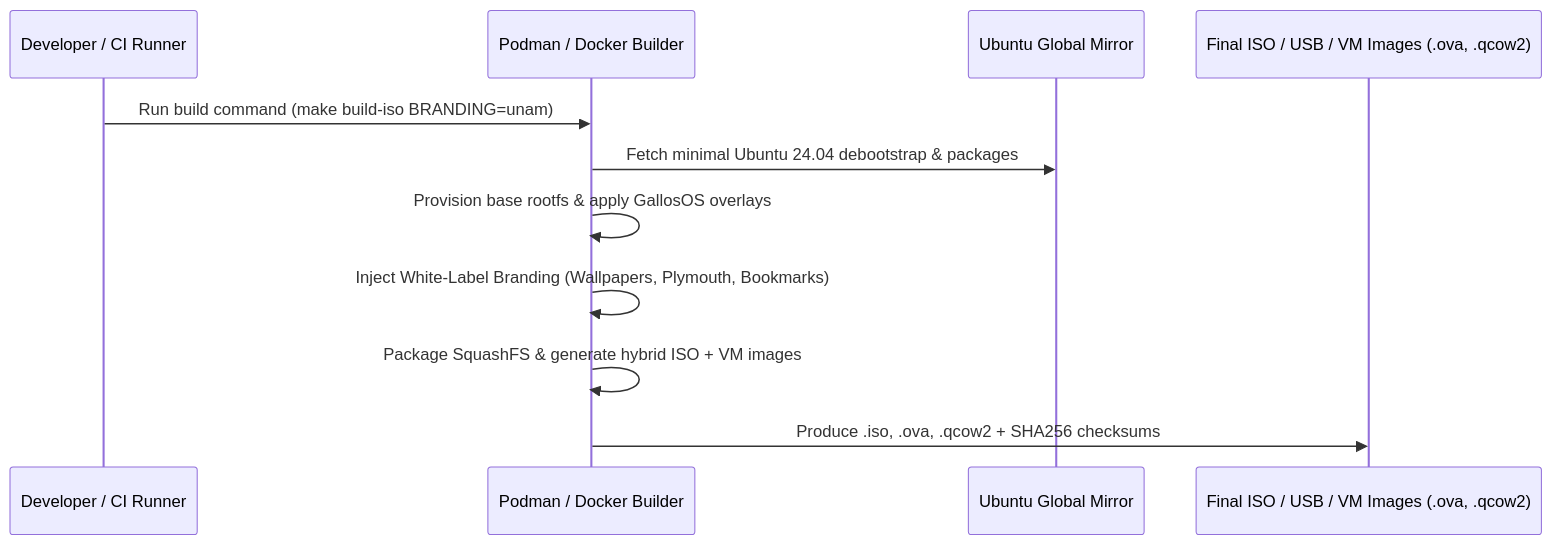
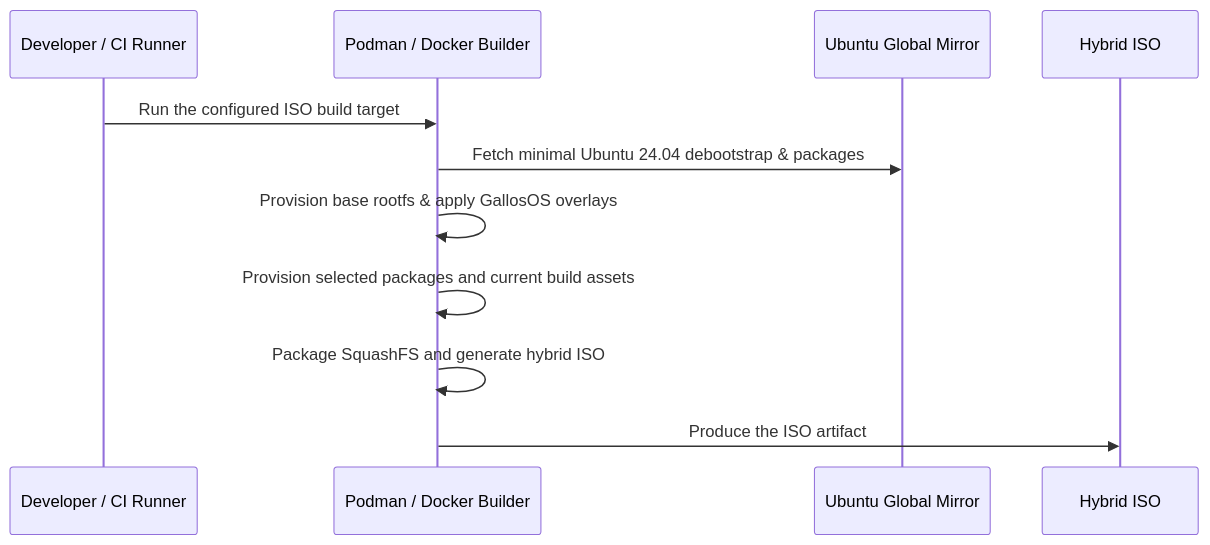
Before and after one commit to CPC-GALLOS/GallosOS: the second of 4 diagrams in docs/ARCHITECTURE.md, drawn with Mermaid. The commit also changed other lines of this file and 20 other files, not shown here.

````diff
--- a/docs/ARCHITECTURE.md
+++ b/docs/ARCHITECTURE.md
@@ -298,14 +244,14 @@
 ```mermaid
 sequenceDiagram
     participant Dev as Developer / CI Runner
     participant Container as Podman / Docker Builder
     participant Mirror as Ubuntu Global Mirror
-    participant Output as Final ISO / USB / VM Images (.ova, .qcow2)
+    participant Output as Hybrid ISO
 
-    Dev->>Container: Run build command (make build-iso BRANDING=unam)
+    Dev->>Container: Run the configured ISO build target
     Container->>Mirror: Fetch minimal Ubuntu 24.04 debootstrap & packages
     Container->>Container: Provision base rootfs & apply GallosOS overlays
-    Container->>Container: Inject White-Label Branding (Wallpapers, Plymouth, Bookmarks)
-    Container->>Container: Package SquashFS & generate hybrid ISO + VM images
-    Container->>Output: Produce .iso, .ova, .qcow2 + SHA256 checksums
+    Container->>Container: Provision selected packages and current build assets
+    Container->>Container: Package SquashFS and generate hybrid ISO
+    Container->>Output: Produce the ISO artifact
 ```
````
